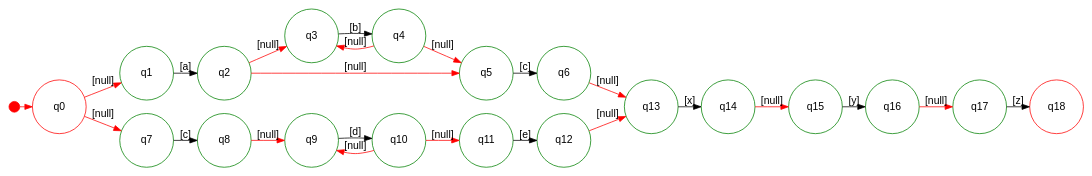
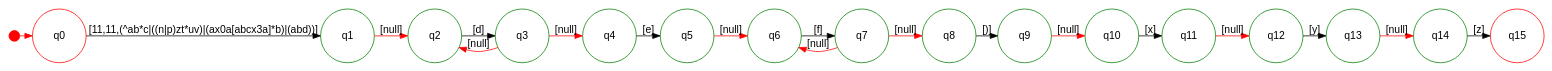
Before and after one commit to asohangh/nfaengine: the diagram in RegExProcessing/nfa_reduce.dot, drawn with Graphviz. The commit also changed 21 other files, not shown here.

```diff
--- a/RegExProcessing/nfa_reduce.dot
+++ b/RegExProcessing/nfa_reduce.dot
@@ -1,49 +1,41 @@
 digraph "nfa path" {
 graph [ranksep=.2,rankdir=LR];
 node [shape=circle,fontname=Arial,fontsize=14];
 node [width=1,fixedsize=true];
 edge [fontname=Arial,fontsize=14];
 -1 [width=0.2,shape=point color=red];
 -1 -> 0 [ color=red];
 0 [label=q0 color=red];
 1 [label=q1 color=green];
 2 [label=q2 color=green];
 3 [label=q3 color=green];
 4 [label=q4 color=green];
 5 [label=q5 color=green];
 6 [label=q6 color=green];
 7 [label=q7 color=green];
 8 [label=q8 color=green];
 9 [label=q9 color=green];
 10 [label=q10 color=green];
 11 [label=q11 color=green];
 12 [label=q12 color=green];
 13 [label=q13 color=green];
 14 [label=q14 color=green];
-15 [label=q15 color=green];
-16 [label=q16 color=green];
-17 [label=q17 color=green];
-18 [label=q18 color=red];
-1 -> 2  [label="[a]" color=black];
-3 -> 4  [label="[b]" color=black];
-4 -> 3  [label="[null]" color=red];
-5 -> 6  [label="[c]" color=black];
-7 -> 8  [label="[c]" color=black];
-9 -> 10  [label="[d]" color=black];
-10 -> 9  [label="[null]" color=red];
-11 -> 12  [label="[e]" color=black];
-0 -> 1  [label="[null]" color=red];
-0 -> 7  [label="[null]" color=red];
-13 -> 14  [label="[x]" color=black];
-15 -> 16  [label="[y]" color=black];
-14 -> 15  [label="[null]" color=red];
-17 -> 18  [label="[z]" color=black];
-16 -> 17  [label="[null]" color=red];
-2 -> 3  [label="[null]" color=red];
-2 -> 5  [label="[null]" color=red];
-4 -> 5  [label="[null]" color=red];
-6 -> 13  [label="[null]" color=red];
-8 -> 9  [label="[null]" color=red];
-10 -> 11  [label="[null]" color=red];
-12 -> 13  [label="[null]" color=red];
+15 [label=q15 color=red];
+0 -> 1  [label="[11,11,(^ab*c|((n|p)zt*uv)|(a\x0a[abc\x3a]*b)|(abd))]" color=black];
+2 -> 3  [label="[d]" color=black];
+3 -> 2  [label="[null]" color=red];
+4 -> 5  [label="[e]" color=black];
+6 -> 7  [label="[f]" color=black];
+7 -> 6  [label="[null]" color=red];
+8 -> 9  [label="[)]" color=black];
+10 -> 11  [label="[x]" color=black];
+9 -> 10  [label="[null]" color=red];
+12 -> 13  [label="[y]" color=black];
+11 -> 12  [label="[null]" color=red];
+14 -> 15  [label="[z]" color=black];
+13 -> 14  [label="[null]" color=red];
+1 -> 2  [label="[null]" color=red];
+3 -> 4  [label="[null]" color=red];
+5 -> 6  [label="[null]" color=red];
+7 -> 8  [label="[null]" color=red];
 }
```
